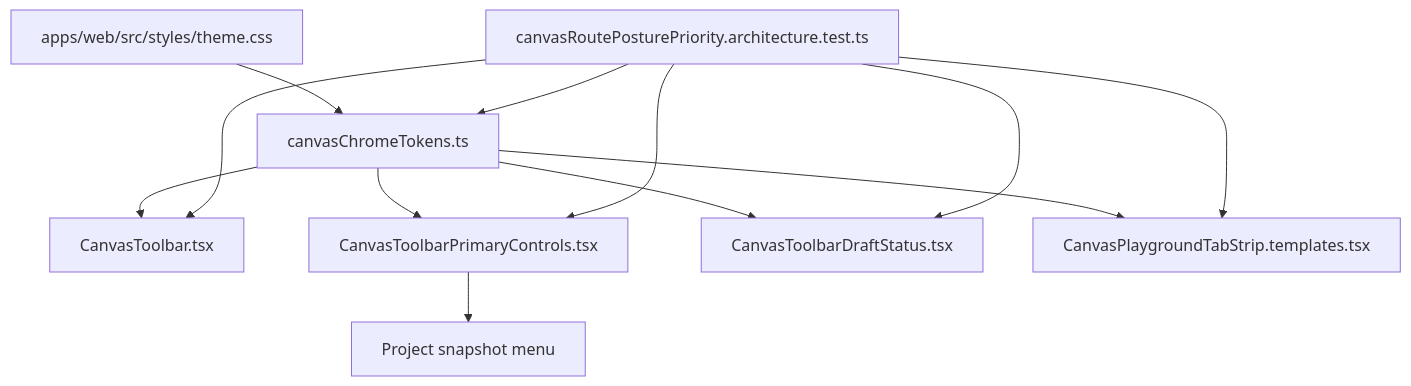
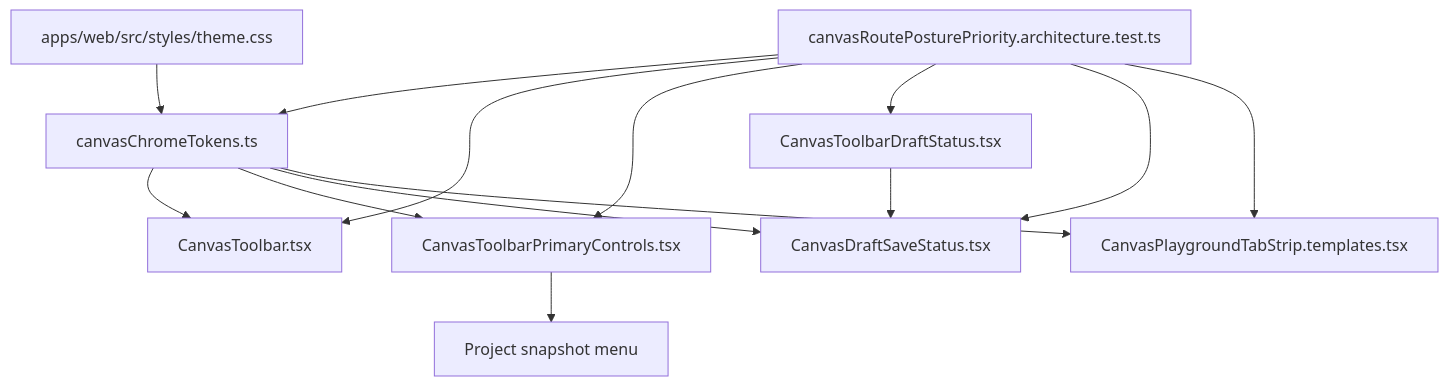
Before and after one commit to dunay2/dvt: the second of 2 diagrams in docs/architecture/components/web/graph/canvas-route-chrome-token-component.md, drawn with Mermaid. The commit also changed other lines of this file and 8 other files, not shown here.

````diff
--- a/docs/architecture/components/web/graph/canvas-route-chrome-token-component.md
+++ b/docs/architecture/components/web/graph/canvas-route-chrome-token-component.md
@@ -67,23 +69,26 @@
 ```mermaid
 flowchart TB
   Theme["apps/web/src/styles/theme.css"]
   Tokens["canvasChromeTokens.ts"]
   Toolbar["CanvasToolbar.tsx"]
   Controls["CanvasToolbarPrimaryControls.tsx"]
   ProjectMenu["Project snapshot menu"]
-  Draft["CanvasToolbarDraftStatus.tsx"]
+  DraftWrapper["CanvasToolbarDraftStatus.tsx"]
+  Draft["CanvasDraftSaveStatus.tsx"]
   Tabs["CanvasPlaygroundTabStrip.templates.tsx"]
   Guard["canvasRoutePosturePriority.architecture.test.ts"]
 
   Theme --> Tokens
   Tokens --> Toolbar
   Tokens --> Controls
   Controls --> ProjectMenu
+  DraftWrapper --> Draft
   Tokens --> Draft
   Tokens --> Tabs
   Guard --> Tokens
   Guard --> Toolbar
   Guard --> Controls
+  Guard --> DraftWrapper
   Guard --> Draft
   Guard --> Tabs
 ```
````
